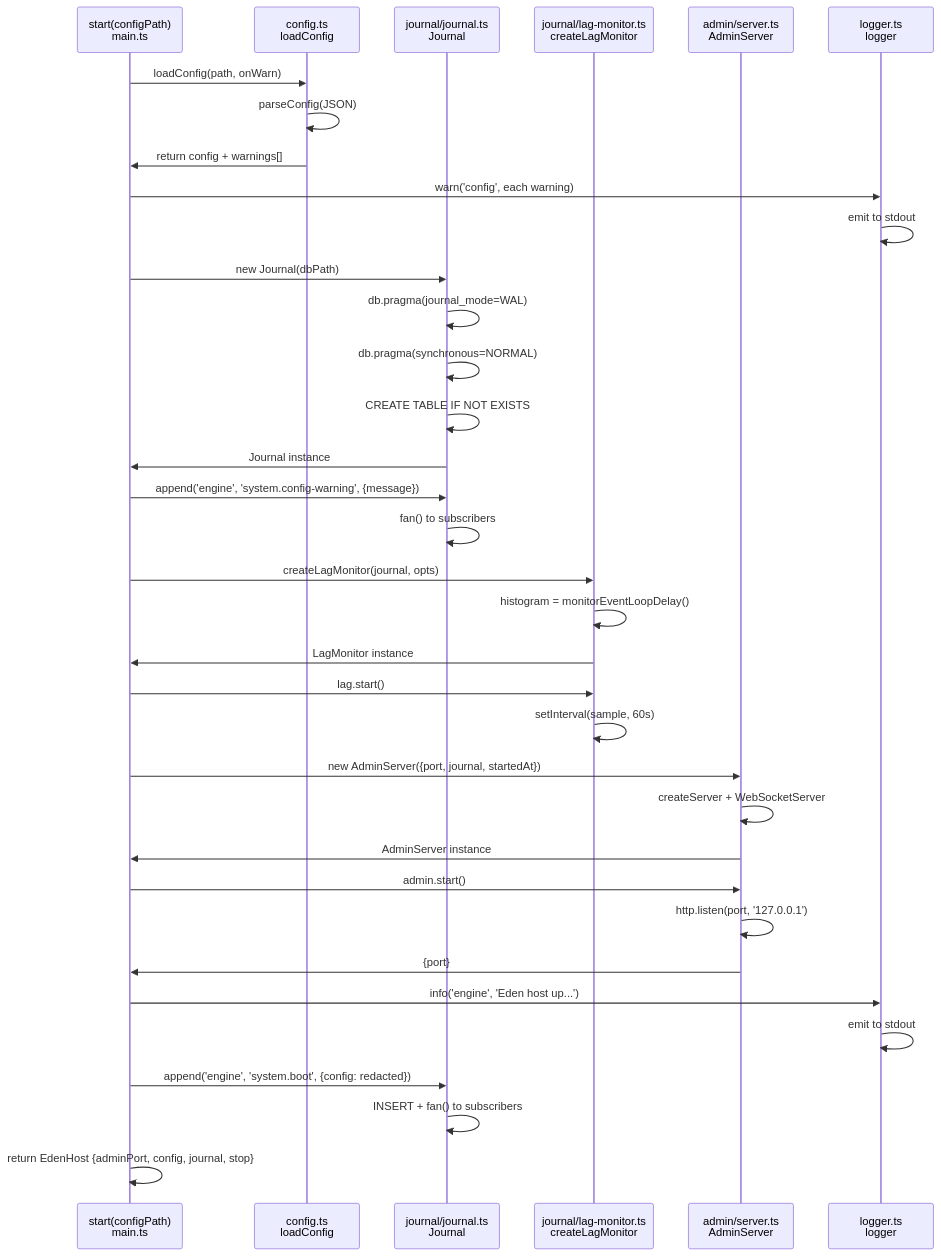
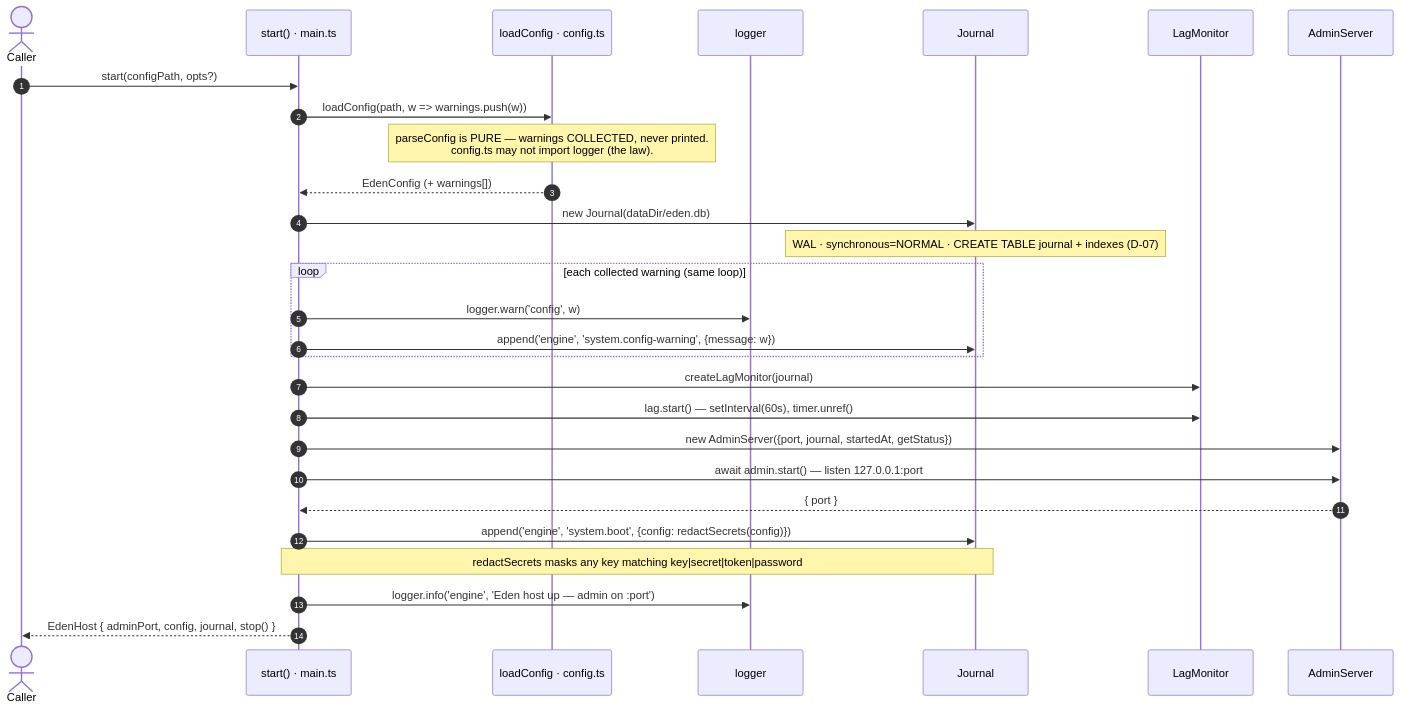
Before and after one commit to Paul-Hubert/PaulsBrawls: the third of 4 diagrams in docs/15-m0-as-built.md, drawn with Mermaid. The commit also changed other lines of this file and 193 other files, not shown here.

````diff
--- a/docs/15-m0-as-built.md
+++ b/docs/15-m0-as-built.md
@@ -451,48 +429,31 @@
 ```mermaid
 sequenceDiagram
-    participant main.ts as start(configPath)<br/>main.ts
-    participant config as config.ts<br/>loadConfig
-    participant journal as journal/journal.ts<br/>Journal
-    participant lag as journal/lag-monitor.ts<br/>createLagMonitor
-    participant admin as admin/server.ts<br/>AdminServer
-    participant logger as logger.ts<br/>logger
+    autonumber
+    actor Caller
+    participant Main as start() · main.ts
+    participant Cfg as loadConfig · config.ts
+    participant Log as logger
+    participant Jr as Journal
+    participant Lag as LagMonitor
+    participant Adm as AdminServer
 
-    main.ts->>config: loadConfig(path, onWarn)
-    config->>config: parseConfig(JSON)
-    config->>main.ts: return config + warnings[]
-    
-    main.ts->>logger: warn('config', each warning)
-    logger->>logger: emit to stdout
-    
-    main.ts->>journal: new Journal(dbPath)
-    journal->>journal: db.pragma(journal_mode=WAL)
-    journal->>journal: db.pragma(synchronous=NORMAL)
-    journal->>journal: CREATE TABLE IF NOT EXISTS
-    journal->>main.ts: Journal instance
-
-    main.ts->>journal: append('engine', 'system.config-warning', {message})
-    journal->>journal: fan() to subscribers
-    
-    main.ts->>lag: createLagMonitor(journal, opts)
-    lag->>lag: histogram = monitorEventLoopDelay()
-    lag->>main.ts: LagMonitor instance
-    
-    main.ts->>lag: lag.start()
-    lag->>lag: setInterval(sample, 60s)
-
-    main.ts->>admin: new AdminServer({port, journal, startedAt})
-    admin->>admin: createServer + WebSocketServer
-    admin->>main.ts: AdminServer instance
-    
-    main.ts->>admin: admin.start()
-    admin->>admin: http.listen(port, '127.0.0.1')
-    admin->>main.ts: {port}
-    
-    main.ts->>logger: info('engine', 'Eden host up...')
-    logger->>logger: emit to stdout
-    
-    main.ts->>journal: append('engine', 'system.boot', {config: redacted})
-    journal->>journal: INSERT + fan() to subscribers
-    
-    main.ts->>main.ts: return EdenHost {adminPort, config, journal, stop}
+    Caller->>Main: start(configPath, opts?)
+    Main->>Cfg: loadConfig(path, w => warnings.push(w))
+    Note over Cfg: parseConfig is PURE — warnings COLLECTED, never printed.<br/>config.ts may not import logger (the law).
+    Cfg-->>Main: EdenConfig (+ warnings[])
+    Main->>Jr: new Journal(dataDir/eden.db)
+    Note over Jr: WAL · synchronous=NORMAL · CREATE TABLE journal + indexes (D-07)
+    loop each collected warning (same loop)
+        Main->>Log: logger.warn('config', w)
+        Main->>Jr: append('engine', 'system.config-warning', {message: w})
+    end
+    Main->>Lag: createLagMonitor(journal)
+    Main->>Lag: lag.start() — setInterval(60s), timer.unref()
+    Main->>Adm: new AdminServer({port, journal, startedAt, getStatus})
+    Main->>Adm: await admin.start() — listen 127.0.0.1:port
+    Adm-->>Main: { port }
+    Main->>Jr: append('engine', 'system.boot', {config: redactSecrets(config)})
+    Note over Main,Jr: redactSecrets masks any key matching key|secret|token|password
+    Main->>Log: logger.info('engine', 'Eden host up — admin on :port')
+    Main-->>Caller: EdenHost { adminPort, config, journal, stop() }
 ```
````
